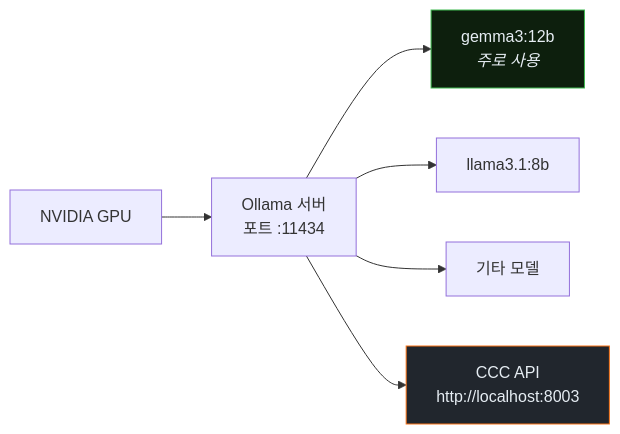
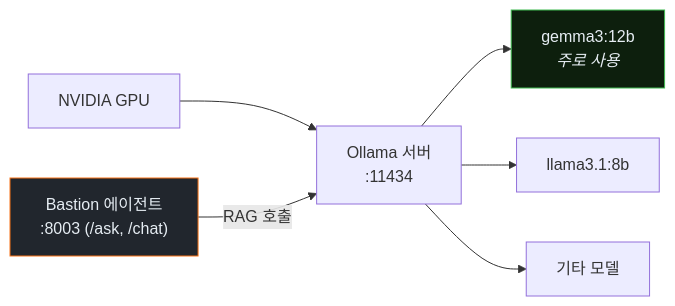
The second of 2 diagrams in contents/education/course7-ai-security/week01/lecture.md (mrgrit/ccc), drawn with Mermaid before and after one commit. The commit also changed other lines of this file and 5 other files, not shown here.

````diff
--- a/contents/education/course7-ai-security/week01/lecture.md
+++ b/contents/education/course7-ai-security/week01/lecture.md
@@ -287,16 +279,16 @@
 ```mermaid
 flowchart LR
     GPU["NVIDIA GPU"]
-    Oll["Ollama 서버<br/>포트 :11434"]
+    Oll["Ollama 서버<br/>:11434"]
     M1["gemma3:12b<br/><i>주로 사용</i>"]
     M2["llama3.1:8b"]
     M3["기타 모델"]
-    API["CCC API<br/>http://localhost:8003"]
+    Bastion["Bastion 에이전트<br/>:8003 (/ask, /chat)"]
     GPU --> Oll
     Oll --> M1
     Oll --> M2
     Oll --> M3
-    Oll --> API
+    Bastion -->|RAG 호출| Oll
     style M1 fill:#0d1f0d,stroke:#3fb950,color:#e6edf3
-    style API fill:#21262d,stroke:#f97316,color:#e6edf3
+    style Bastion fill:#21262d,stroke:#f97316,color:#e6edf3
 ```
````
